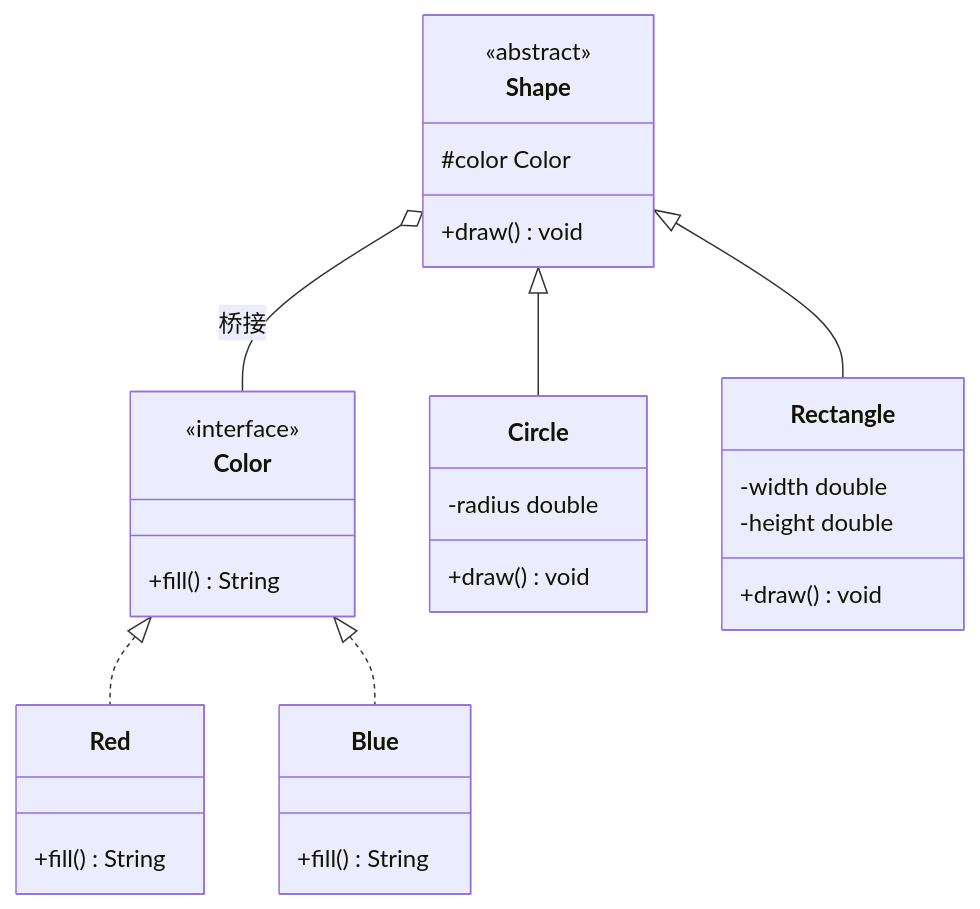
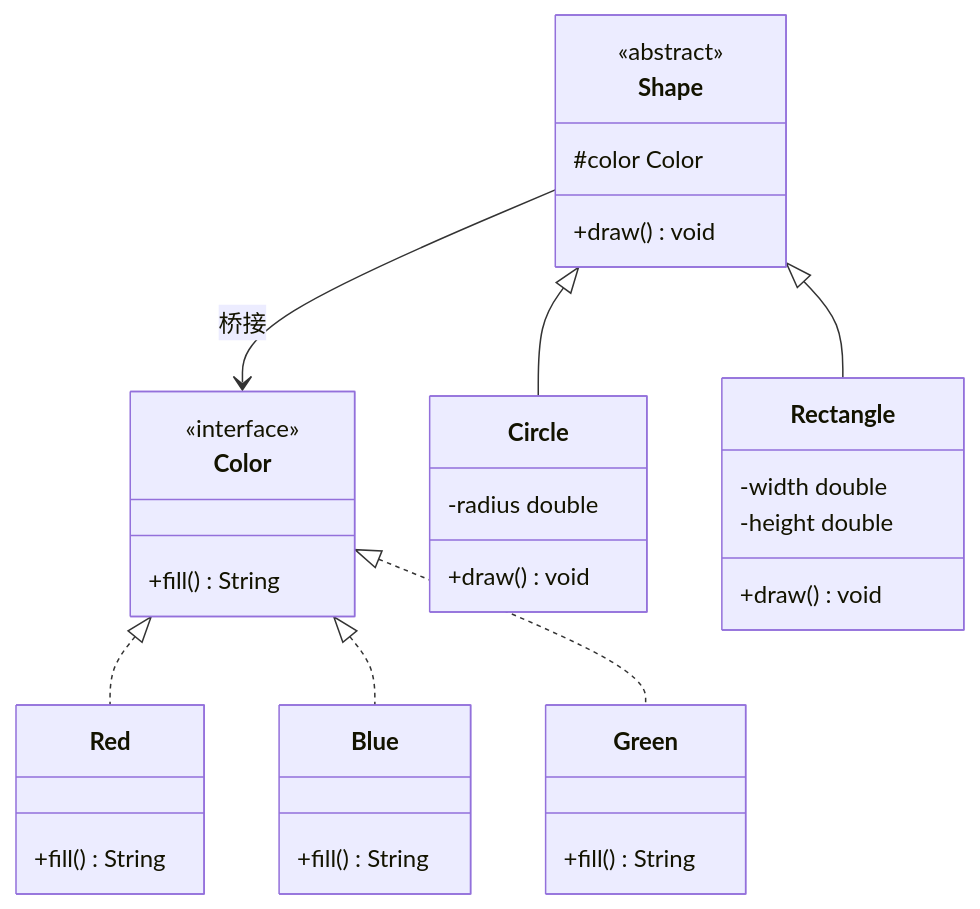
The diagram in docs/design-pattern/02-structural/chapter-05-bridge.md (b1tzer/the-stack), drawn with Mermaid before and after one commit. The commit also changed other lines of this file and 7 other files, not shown here.

````diff
--- a/docs/design-pattern/02-structural/chapter-05-bridge.md
+++ b/docs/design-pattern/02-structural/chapter-05-bridge.md
@@ -52,33 +52,37 @@
 ```mermaid
 classDiagram
     class Color {
         <<interface>>
         +fill() String
     }
     class Red {
         +fill() String
     }
     class Blue {
+        +fill() String
+    }
+    class Green {
         +fill() String
     }
     class Shape {
         <<abstract>>
         #color Color
         +draw() void
     }
     class Circle {
         -radius double
         +draw() void
     }
     class Rectangle {
         -width double
         -height double
         +draw() void
     }
 
     Color <|.. Red
     Color <|.. Blue
-    Shape o-- Color : 桥接
+    Color <|.. Green
+    Shape --> Color : 桥接
     Shape <|-- Circle
     Shape <|-- Rectangle
 ```
````
